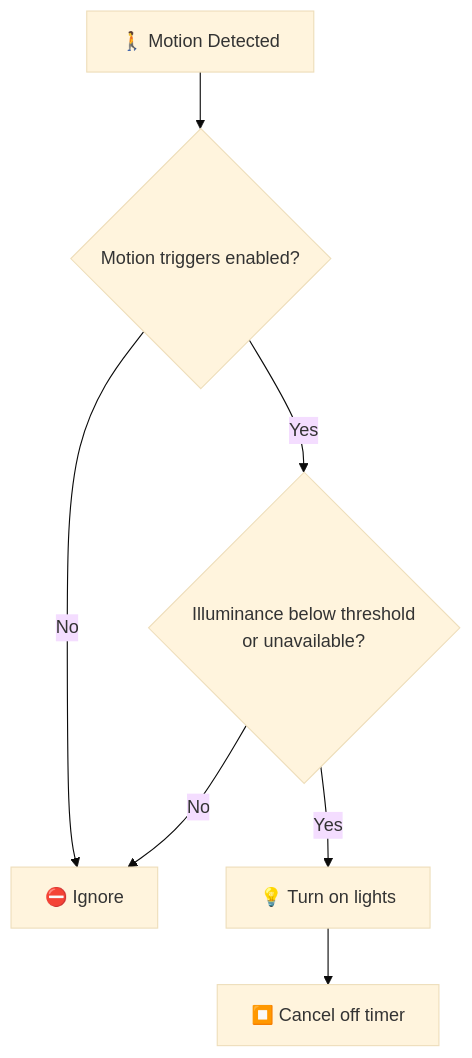
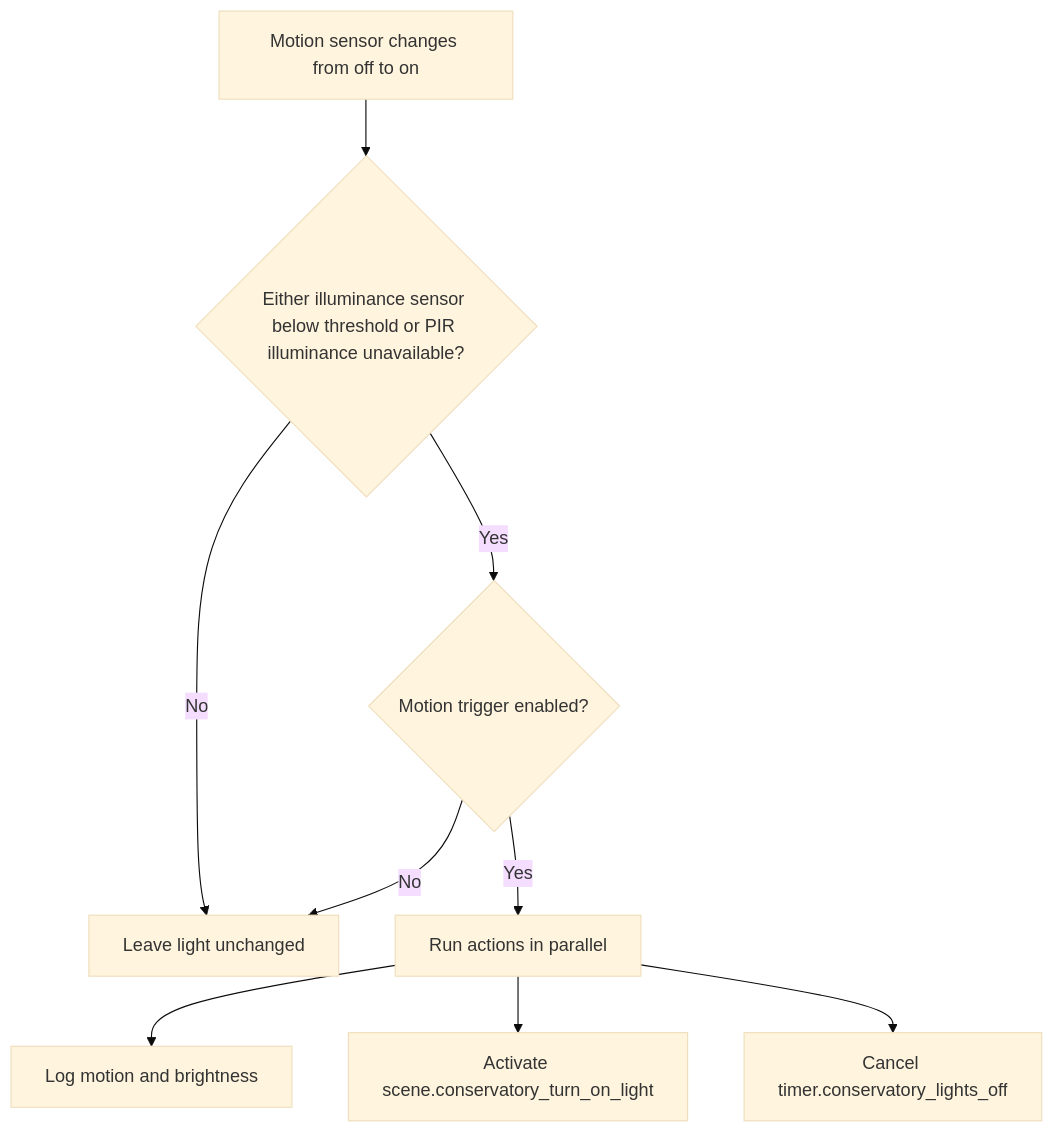
The third of 10 diagrams in packages/rooms/conservatory/README.md (dannytsang/homeassistant-config), drawn with Mermaid (base theme) before and after one commit. The commit also changed other lines of this file and 60 other files, not shown here.

````diff
--- a/packages/rooms/conservatory/README.md
+++ b/packages/rooms/conservatory/README.md
@@ -123,9 +123,11 @@
 ```mermaid
 flowchart TD
-    A["🚶 Motion Detected"] --> B{"Motion triggers enabled?"}
-    B -->|No| Z["⛔ Ignore"]
-    B -->|Yes| C{"Illuminance below threshold<br/>or unavailable?"}
-    C -->|No| Z
-    C -->|Yes| D["💡 Turn on lights"]
-    D --> E["⏹️ Cancel off timer"]
+    MotionStart[Motion sensor changes from off to on] --> DarkEnough{Either illuminance sensor below threshold or PIR illuminance unavailable?}
+    DarkEnough -->|No| Stop[Leave light unchanged]
+    DarkEnough -->|Yes| Enabled{Motion trigger enabled?}
+    Enabled -->|No| Stop
+    Enabled -->|Yes| Parallel[Run actions in parallel]
+    Parallel --> Log[Log motion and brightness]
+    Parallel --> SceneOn[Activate scene.conservatory_turn_on_light]
+    Parallel --> CancelTimer[Cancel timer.conservatory_lights_off]
 ```
````
